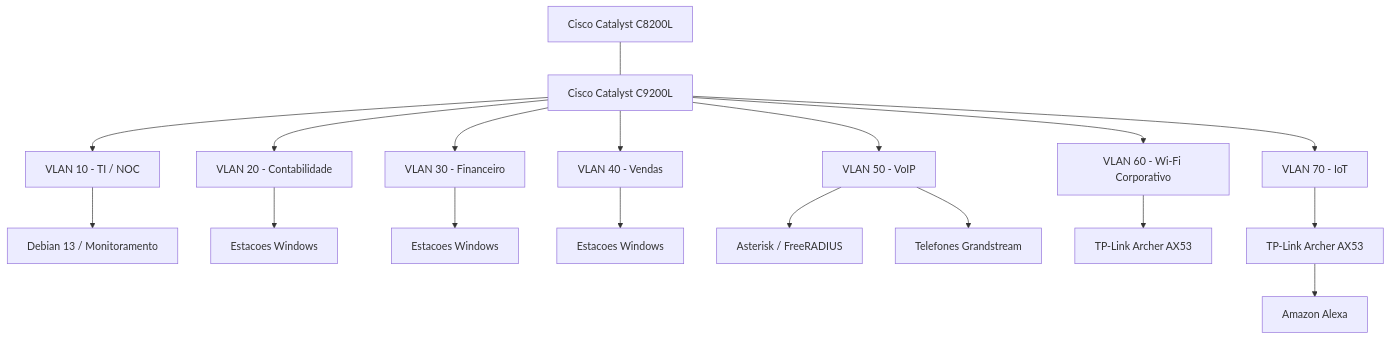
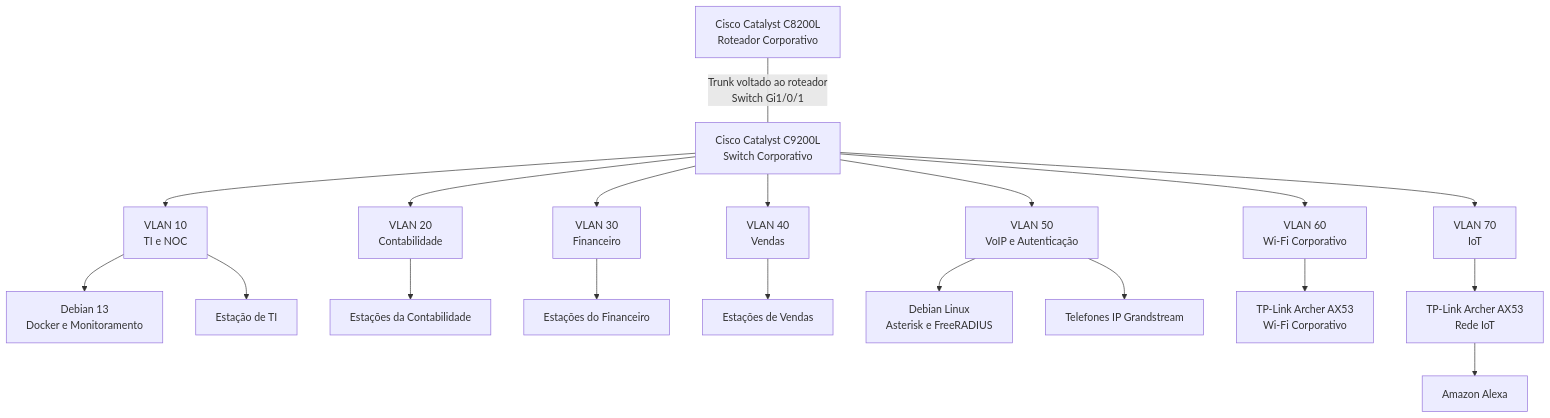
Before and after one commit to kayo-willian/enterprise-noc-from-scratch: the first of 2 diagrams in docs/pt-BR/redes/topologia-logica-consolidada.md, drawn with Mermaid. The commit also changed other lines of this file, not shown here.

````diff
--- a/docs/pt-BR/redes/topologia-logica-consolidada.md
+++ b/docs/pt-BR/redes/topologia-logica-consolidada.md
@@ -25,27 +37,30 @@
 ```mermaid
 flowchart TB
-    R["Cisco Catalyst C8200L"]
-    S["Cisco Catalyst C9200L"]
+    R["Cisco Catalyst C8200L<br/>Roteador Corporativo"]
+    SW["Cisco Catalyst C9200L<br/>Switch Corporativo"]
 
-    R --- S
+    R ---|"Trunk voltado ao roteador<br/>Switch Gi1/0/1"| SW
 
-    S --> V10["VLAN 10 - TI / NOC"]
-    S --> V20["VLAN 20 - Contabilidade"]
-    S --> V30["VLAN 30 - Financeiro"]
-    S --> V40["VLAN 40 - Vendas"]
-    S --> V50["VLAN 50 - VoIP"]
-    S --> V60["VLAN 60 - Wi-Fi Corporativo"]
-    S --> V70["VLAN 70 - IoT"]
+    SW --> V10["VLAN 10<br/>TI e NOC"]
+    SW --> V20["VLAN 20<br/>Contabilidade"]
+    SW --> V30["VLAN 30<br/>Financeiro"]
+    SW --> V40["VLAN 40<br/>Vendas"]
+    SW --> V50["VLAN 50<br/>VoIP e Autenticação"]
+    SW --> V60["VLAN 60<br/>Wi-Fi Corporativo"]
+    SW --> V70["VLAN 70<br/>IoT"]
 
-    V10 --> NOC["Debian 13 / Monitoramento"]
-    V20 --> ACC["Estacoes Windows"]
-    V30 --> FIN["Estacoes Windows"]
-    V40 --> SALES["Estacoes Windows"]
+    V10 --> NOC["Debian 13<br/>Docker e Monitoramento"]
+    V10 --> IT["Estação de TI"]
 
-    V50 --> PBX["Asterisk / FreeRADIUS"]
-    V50 --> PHONE["Telefones Grandstream"]
+    V20 --> ACC["Estações da Contabilidade"]
+    V30 --> FIN["Estações do Financeiro"]
+    V40 --> SALES["Estações de Vendas"]
 
-    V60 --> AP60["TP-Link Archer AX53"]
-    V70 --> AP70["TP-Link Archer AX53"]
-    AP70 --> ALEXA["Amazon Alexa"]
+    V50 --> PBX["Debian Linux<br/>Asterisk e FreeRADIUS"]
+    V50 --> PHONES["Telefones IP Grandstream"]
+
+    V60 --> WIFI["TP-Link Archer AX53<br/>Wi-Fi Corporativo"]
+
+    V70 --> IOT["TP-Link Archer AX53<br/>Rede IoT"]
+    IOT --> ALEXA["Amazon Alexa"]
 ```
````
